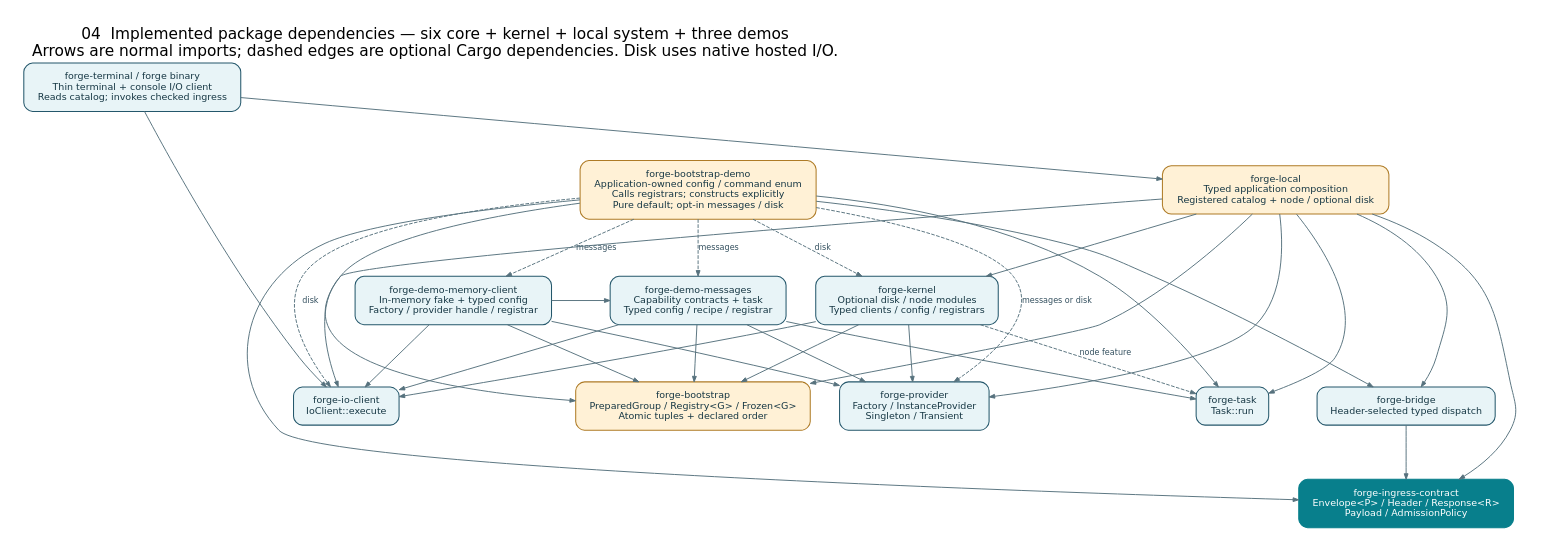
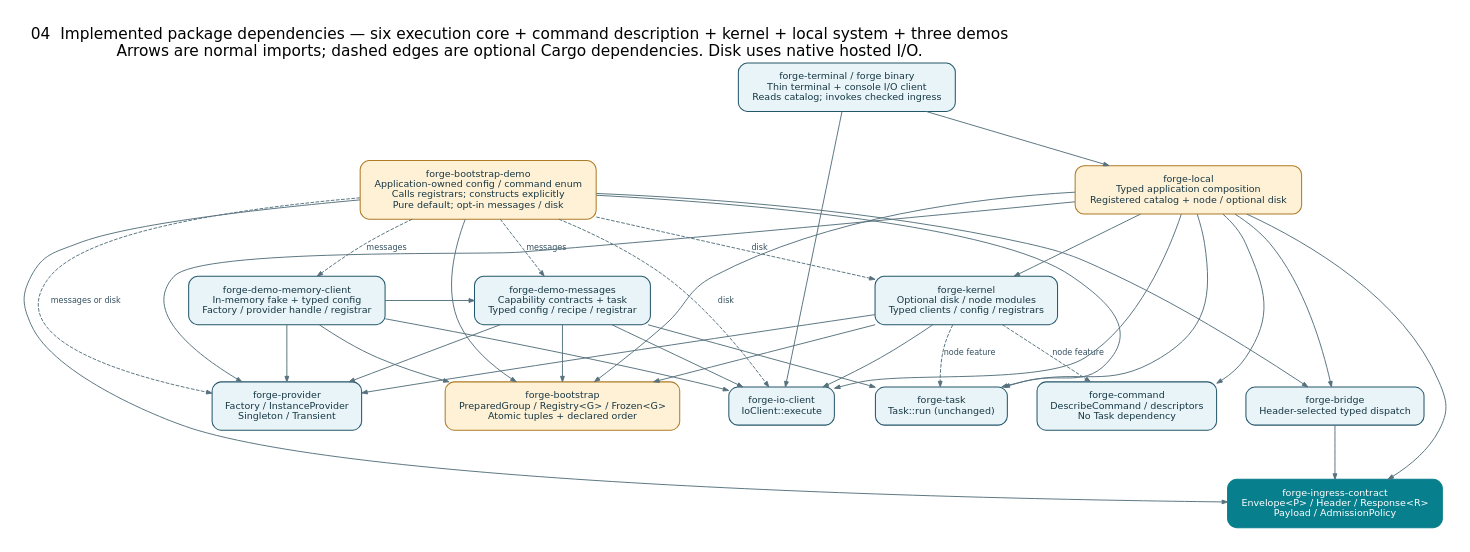
Before and after one commit to roachmaster/homelab: the diagram in docs/architecture/diagrams/04-package-dependencies.dot, drawn with Graphviz. The commit also changed 37 other files, not shown here.

```diff
--- a/docs/architecture/diagrams/04-package-dependencies.dot
+++ b/docs/architecture/diagrams/04-package-dependencies.dot
@@ -1,31 +1,32 @@
 digraph Packages {
 graph [fontname="DejaVu Sans", fontsize=21, labelloc=t, labeljust=l, pad=0.35, nodesep=0.55, ranksep=0.9, bgcolor="white"];
 node [shape=box, style="rounded,filled", fontname="DejaVu Sans", fontsize=13, margin="0.22,0.16", color="#24576b", fillcolor="#e8f4f7", fontcolor="#163744", penwidth=1.4];
 edge [fontname="DejaVu Sans", fontsize=11, color="#56717d", fontcolor="#34505f", penwidth=1.3, arrowsize=0.75];
-rankdir=TB; label="04  Implemented package dependencies — six core + kernel + local system + three demos\nArrows are normal imports; dashed edges are optional Cargo dependencies. Disk uses native hosted I/O.";
+rankdir=TB; label="04  Implemented package dependencies — six execution core + command description + kernel + local system + three demos\nArrows are normal imports; dashed edges are optional Cargo dependencies. Disk uses native hosted I/O.";
 app [label="forge-bootstrap-demo\nApplication-owned config / command enum\nCalls registrars; constructs explicitly\nPure default; opt-in messages / disk", fillcolor="#fff1d6", color="#ae7b26"];
 kernel [label="forge-kernel\nOptional disk / node modules\nTyped clients / config / registrars"];
 local [label="forge-local\nTyped application composition\nRegistered catalog + node / optional disk", fillcolor="#fff1d6", color="#ae7b26"];
 terminal [label="forge-terminal / forge binary\nThin terminal + console I/O client\nReads catalog; invokes checked ingress"];
 feature [label="forge-demo-messages\nCapability contracts + task\nTyped config / recipe / registrar"];
 impl [label="forge-demo-memory-client\nIn-memory fake + typed config\nFactory / provider handle / registrar"];
 bootstrap [label="forge-bootstrap\nPreparedGroup / Registry<G> / Frozen<G>\nAtomic tuples + declared order", fillcolor="#fff1d6", color="#ae7b26"];
 bridge [label="forge-bridge\nHeader-selected typed dispatch"];
 contract [label="forge-ingress-contract\nEnvelope<P> / Header / Response<R>\nPayload / AdmissionPolicy", fillcolor="#087f8c", color="#087f8c", fontcolor="white"];
 provider [label="forge-provider\nFactory / InstanceProvider\nSingleton / Transient"];
-task [label="forge-task\nTask::run"];
+task [label="forge-task\nTask::run (unchanged)"];
+command [label="forge-command\nDescribeCommand / descriptors\nNo Task dependency"];
 io [label="forge-io-client\nIoClient::execute"];
 app -> {bootstrap bridge task contract};
 app -> {impl feature} [style=dashed, label="messages"];
 app -> {kernel io} [style=dashed, label="disk"];
 app -> provider [style=dashed, label="messages or disk"];
 kernel -> {bootstrap provider io};
-kernel -> task [style=dashed, label="node feature"];
-local -> {bootstrap bridge contract provider task io kernel};
+kernel -> {task command} [style=dashed, label="node feature"];
+local -> {bootstrap bridge contract provider task command io kernel};
 terminal -> {local io};
 feature -> {bootstrap provider task io};
 impl -> {feature bootstrap provider io};
 bridge -> contract;
 {rank=same; impl; feature; kernel;}
-{rank=same; bootstrap; provider; task; io; bridge;}
+{rank=same; bootstrap; provider; task; command; io; bridge;}
 }
```
